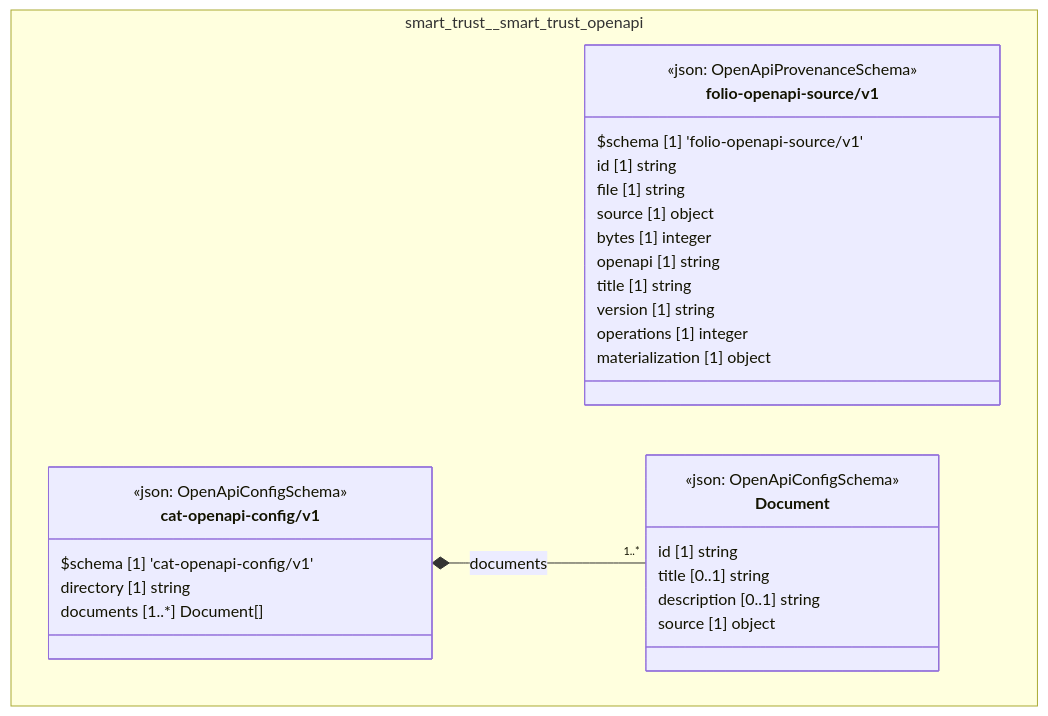
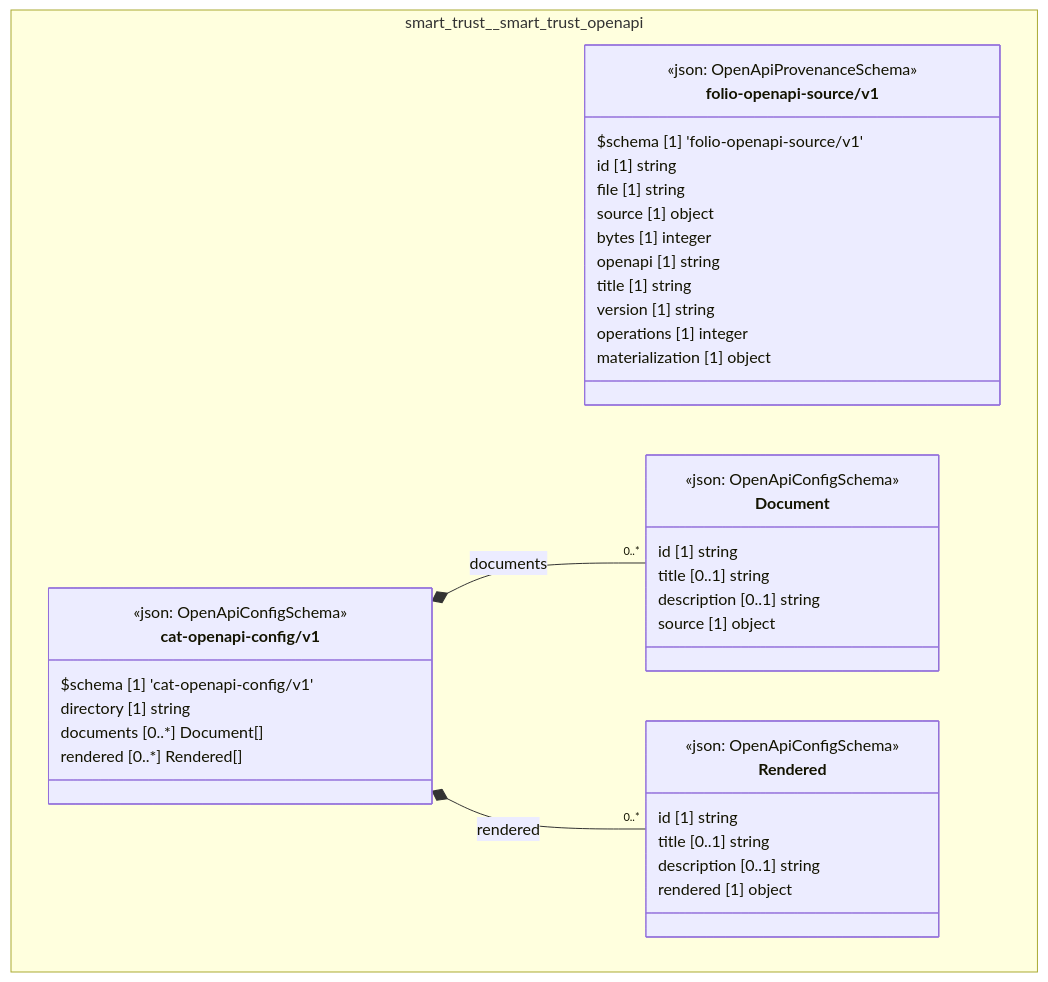
Before and after one commit to litlfred/cat-harness: the diagram in docs/uml/overview/smart-trust/smart-trust-openapi.md, drawn with Mermaid. The commit also changed 404 other files, not shown here.

````diff
--- a/docs/uml/overview/smart-trust/smart-trust-openapi.md
+++ b/docs/uml/overview/smart-trust/smart-trust-openapi.md
@@ -47,36 +47,46 @@
 ```mermaid
 classDiagram
   direction TB
   namespace smart_trust__smart_trust_openapi {
     class smart_trust_smart_trust_openapi_folio_openapi_source_v1_folio_openapi_source_v1["folio-openapi-source/v1"] {
       <<json: OpenApiProvenanceSchema>>
       $schema [1] 'folio-openapi-source/v1'
       id [1] string
       file [1] string
       source [1] object
       bytes [1] integer
       openapi [1] string
       title [1] string
       version [1] string
       operations [1] integer
       materialization [1] object
     }
     class smart_trust_smart_trust_openapi_cat_openapi_config_v1_Document["Document"] {
       <<json: OpenApiConfigSchema>>
       id [1] string
       title [0..1] string
       description [0..1] string
       source [1] object
     }
+    class smart_trust_smart_trust_openapi_cat_openapi_config_v1_Rendered["Rendered"] {
+      <<json: OpenApiConfigSchema>>
+      id [1] string
+      title [0..1] string
+      description [0..1] string
+      rendered [1] object
+    }
     class smart_trust_smart_trust_openapi_cat_openapi_config_v1_cat_openapi_config_v1["cat-openapi-config/v1"] {
       <<json: OpenApiConfigSchema>>
       $schema [1] 'cat-openapi-config/v1'
       directory [1] string
-      documents [1..*] Document[]
+      documents [0..*] Document[]
+      rendered [0..*] Rendered[]
     }
   }
-  smart_trust_smart_trust_openapi_cat_openapi_config_v1_cat_openapi_config_v1 *-- "1..*" smart_trust_smart_trust_openapi_cat_openapi_config_v1_Document : documents
+  smart_trust_smart_trust_openapi_cat_openapi_config_v1_cat_openapi_config_v1 *-- "0..*" smart_trust_smart_trust_openapi_cat_openapi_config_v1_Document : documents
+  smart_trust_smart_trust_openapi_cat_openapi_config_v1_cat_openapi_config_v1 *-- "0..*" smart_trust_smart_trust_openapi_cat_openapi_config_v1_Rendered : rendered
   cssClass "smart_trust_smart_trust_openapi_folio_openapi_source_v1_folio_openapi_source_v1" fa_uml_kind_openapi
   cssClass "smart_trust_smart_trust_openapi_cat_openapi_config_v1_Document" fa_uml_kind_openapi
+  cssClass "smart_trust_smart_trust_openapi_cat_openapi_config_v1_Rendered" fa_uml_kind_openapi
   cssClass "smart_trust_smart_trust_openapi_cat_openapi_config_v1_cat_openapi_config_v1" fa_uml_kind_openapi
 ```
````
